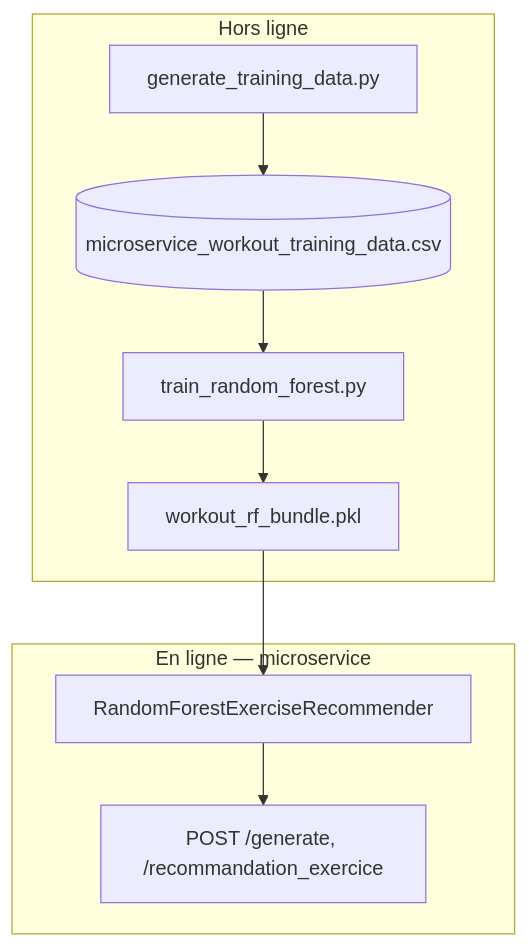
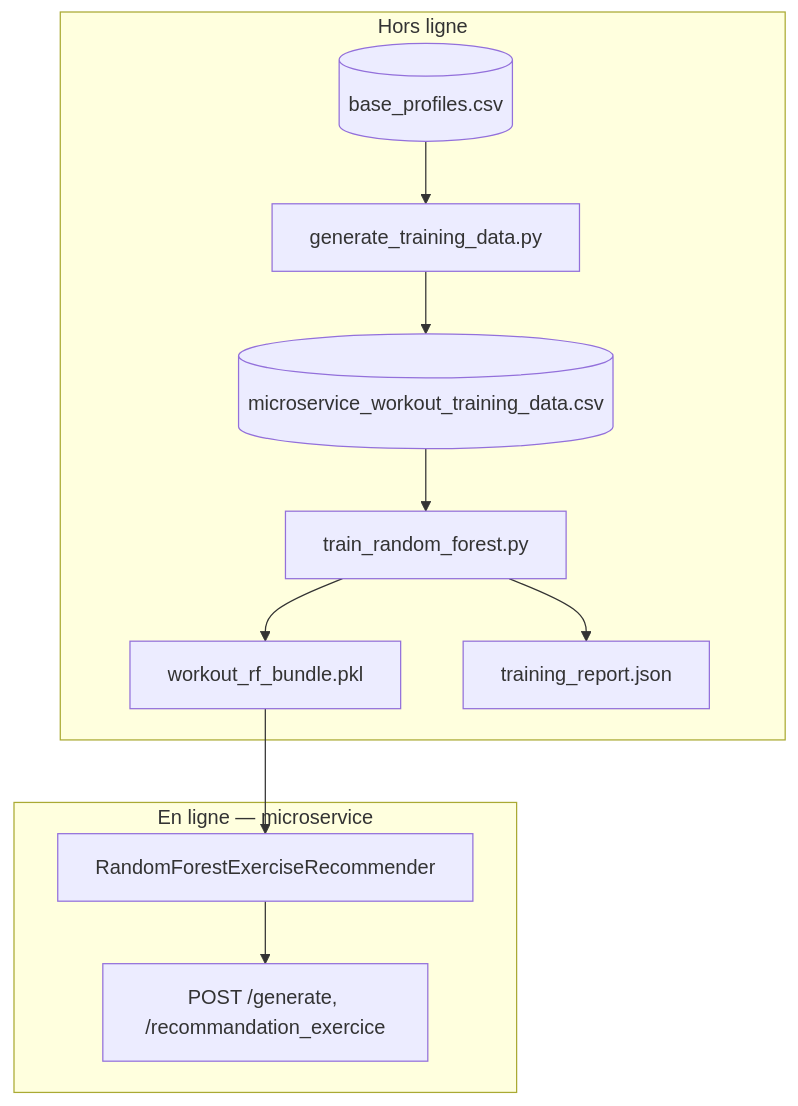
Before and after one commit to benoitCollado/HEALTHAIMSRP: diagram 11 of 15 in microservice_ia/docs/DOCUMENTATION_TECHNIQUE.md, drawn with Mermaid. The commit also changed other lines of this file and 13 other files, not shown here.

````diff
--- a/microservice_ia/docs/DOCUMENTATION_TECHNIQUE.md
+++ b/microservice_ia/docs/DOCUMENTATION_TECHNIQUE.md
@@ -605,15 +610,18 @@
 ```mermaid
 flowchart TB
     subgraph offline [Hors ligne]
+        BASE[(base_profiles.csv)]
         G[generate_training_data.py]
         CSV[(microservice_workout_training_data.csv)]
         T[train_random_forest.py]
         PKL[workout_rf_bundle.pkl]
-        G --> CSV --> T --> PKL
+        RPT[training_report.json]
+        BASE --> G --> CSV --> T --> PKL
+        T --> RPT
     end
 
     subgraph online [En ligne — microservice]
         PKL --> ADP[RandomForestExerciseRecommender]
         ADP --> API[POST /generate, /recommandation_exercice]
     end
 ```
````
